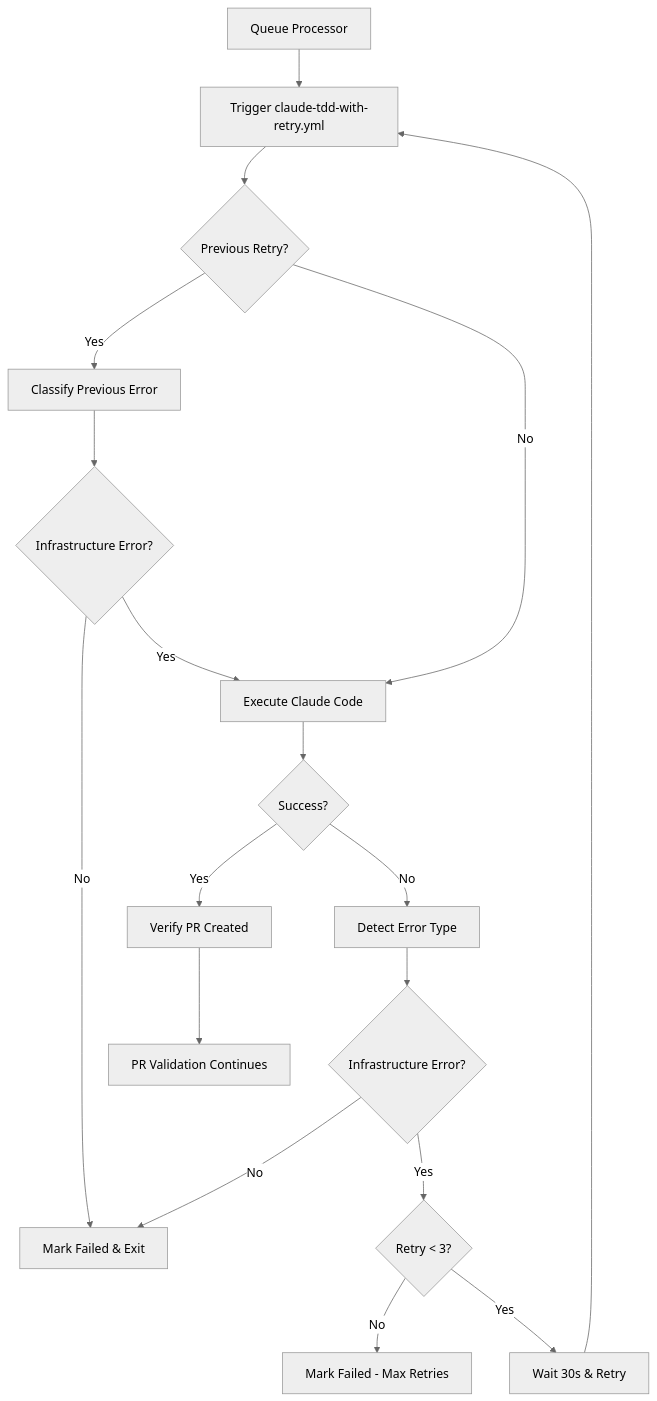
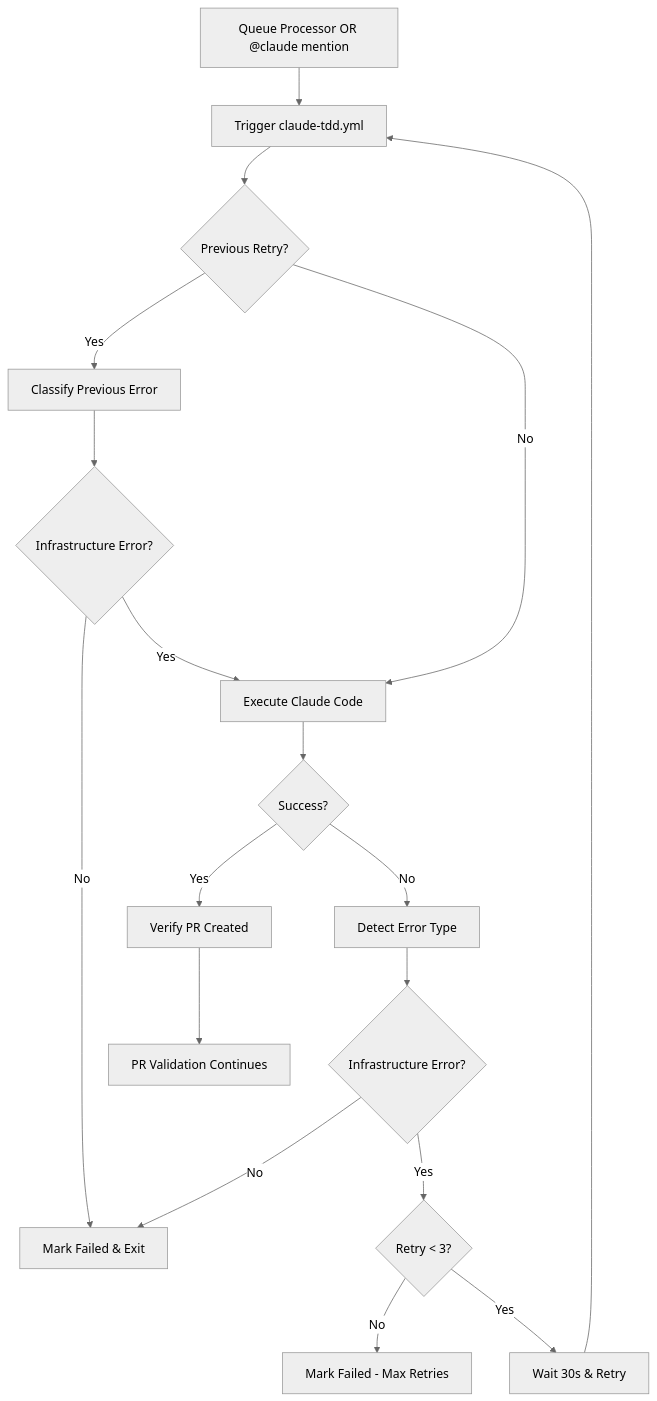
The diagram in docs/development/tdd-error-handling.md (omnera-dev/omnera-v2), drawn with Mermaid (neutral theme) before and after one commit. The commit also changed other lines of this file and 3 other files, not shown here.

First line of the commit message:
refactor: merge retry logic into main claude-tdd.yml workflow

````diff
--- a/docs/development/tdd-error-handling.md
+++ b/docs/development/tdd-error-handling.md
@@ -64,20 +67,20 @@
 ```mermaid
 graph TD
-    A[Queue Processor] --> B[Trigger claude-tdd-with-retry.yml]
+    A[Queue Processor OR @claude mention] --> B[Trigger claude-tdd.yml]
     B --> C{Previous Retry?}
     C -->|Yes| D[Classify Previous Error]
     C -->|No| E[Execute Claude Code]
     D --> F{Infrastructure Error?}
     F -->|No| G[Mark Failed & Exit]
     F -->|Yes| E
     E --> H{Success?}
     H -->|Yes| I[Verify PR Created]
     H -->|No| J[Detect Error Type]
     J --> K{Infrastructure Error?}
     K -->|No| G
     K -->|Yes| L{Retry < 3?}
     L -->|No| M[Mark Failed - Max Retries]
     L -->|Yes| N[Wait 30s & Retry]
     N --> B
     I --> O[PR Validation Continues]
 ```
````
